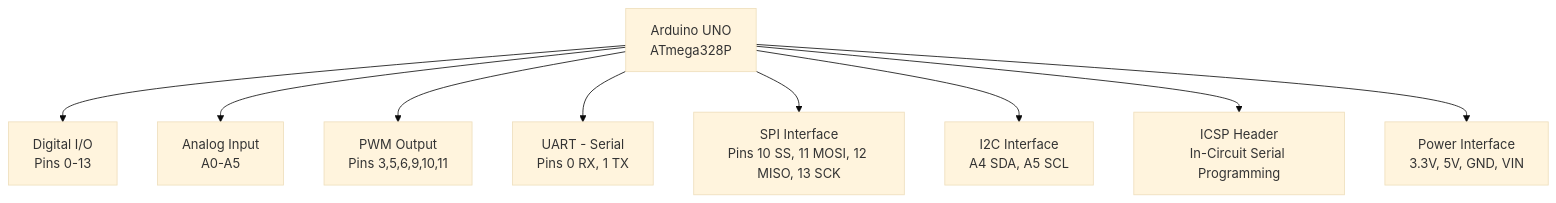
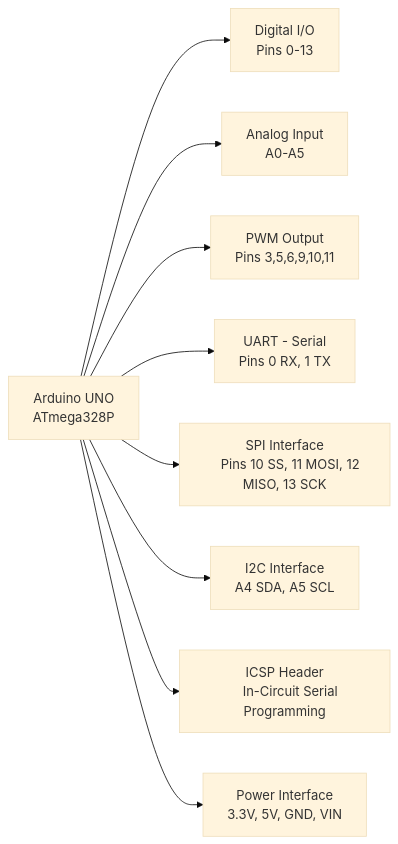
One commit to lazgaming70/IOT-CIA-1 changed the fifth of 13 diagrams in Unofficial-QB/Unofficial-QB-Claude-Ans.md. Above: the diagram before and after it, drawn with Mermaid (base theme). The commit also changed other lines of this file, not shown here.

Commit message:
Fixed mermaidjs newline syntax

````diff
--- a/Unofficial-QB/Unofficial-QB-Claude-Ans.md
+++ b/Unofficial-QB/Unofficial-QB-Claude-Ans.md
@@ -654,11 +688,20 @@
 ```mermaid
-flowchart TD
-    UNO[Arduino UNO\nATmega328P] --> DIO[Digital I/O\nPins 0-13]
-    UNO --> AIO[Analog Input\nA0-A5]
-    UNO --> PWM[PWM Output\nPins 3,5,6,9,10,11]
-    UNO --> UART[UART - Serial\nPins 0 RX, 1 TX]
-    UNO --> SPI_IF[SPI Interface\nPins 10 SS, 11 MOSI, 12 MISO, 13 SCK]
-    UNO --> I2C_IF[I2C Interface\nA4 SDA, A5 SCL]
-    UNO --> ICSP[ICSP Header\nIn-Circuit Serial Programming]
-    UNO --> PWR[Power Interface\n3.3V, 5V, GND, VIN]
+flowchart LR
+    UNO[Arduino UNO
+    ATmega328P] --> DIO[Digital I/O
+    Pins 0-13]
+    UNO --> AIO[Analog Input
+    A0-A5]
+    UNO --> PWM[PWM Output
+    Pins 3,5,6,9,10,11]
+    UNO --> UART[UART - Serial
+    Pins 0 RX, 1 TX]
+    UNO --> SPI_IF[SPI Interface
+    Pins 10 SS, 11 MOSI, 12 MISO, 13 SCK]
+    UNO --> I2C_IF[I2C Interface
+    A4 SDA, A5 SCL]
+    UNO --> ICSP[ICSP Header
+    In-Circuit Serial Programming]
+    UNO --> PWR[Power Interface
+    3.3V, 5V, GND, VIN]
 ```
````
